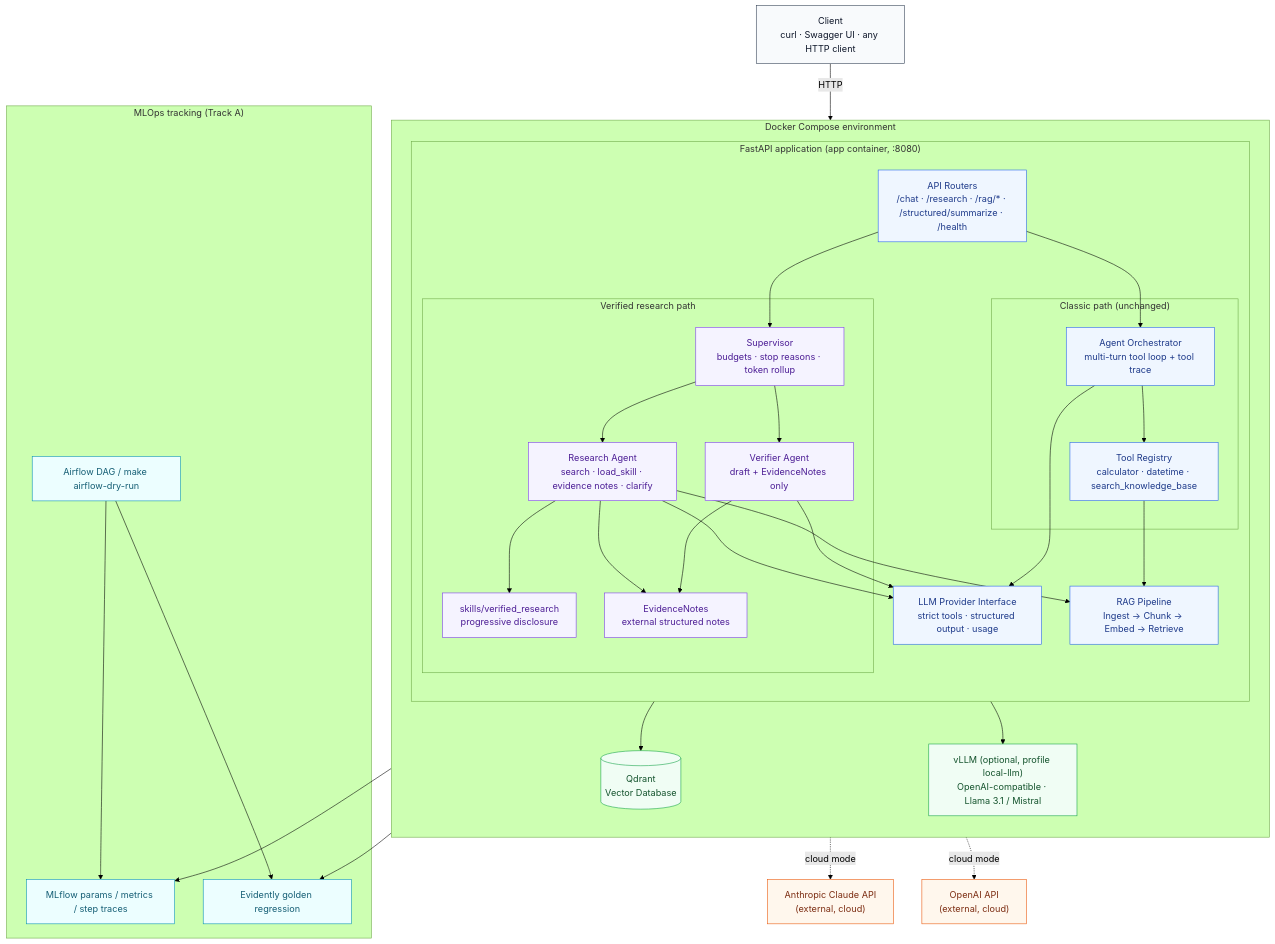
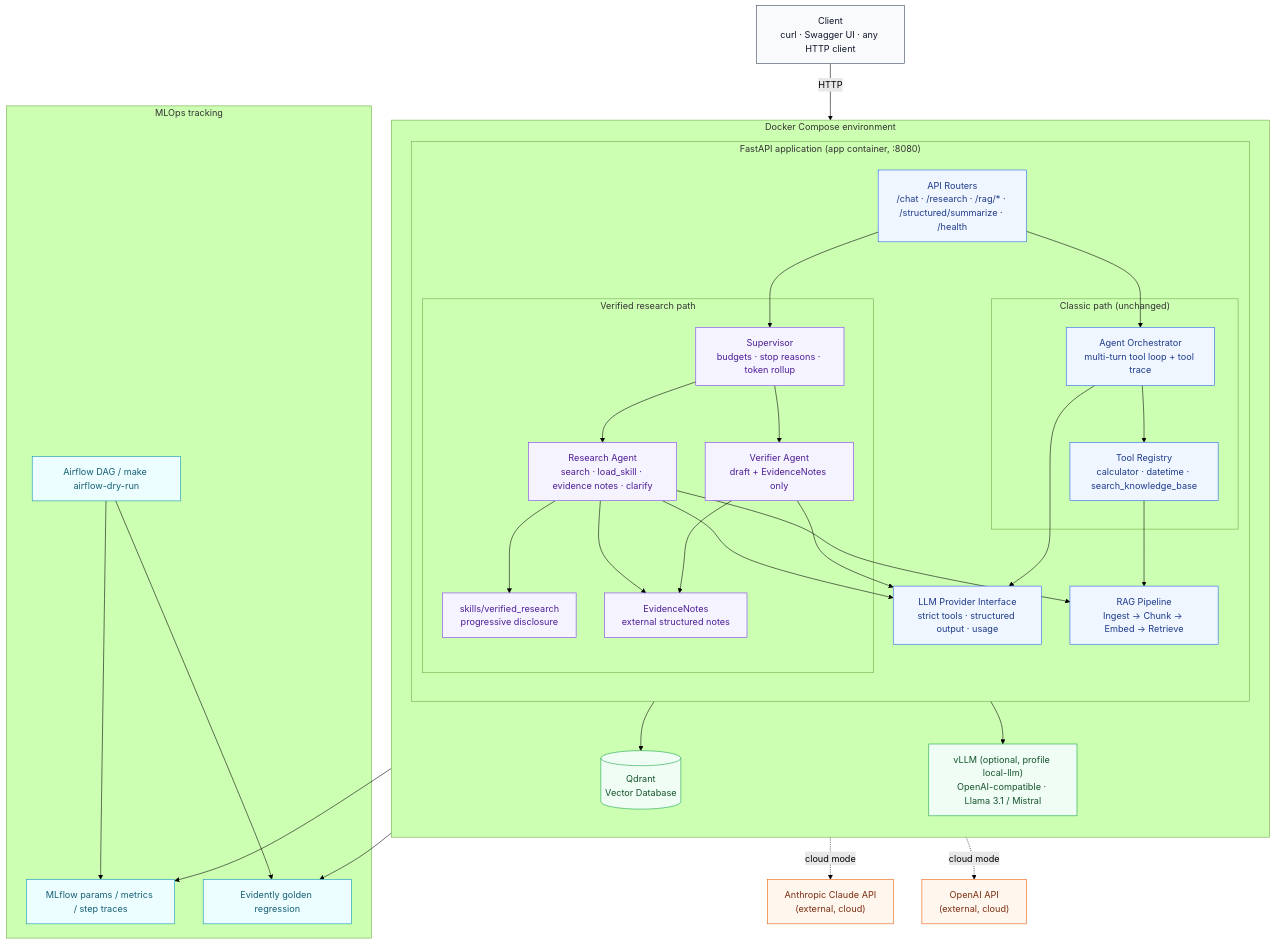
Before and after one commit to clerisy47/AI-Assistant: the diagram in README.md, drawn with Mermaid (forest theme). The commit also changed other lines of this file and 2 other files, not shown here.

Commit message:
docs: drop Track A/B and § labels from user-facing write-up.

````diff
--- a/README.md
+++ b/README.md
@@ -27,81 +27,81 @@
 ```mermaid
 flowchart TB
     Client["Client<br/>curl · Swagger UI · any HTTP client"]
 
     subgraph Compose["Docker Compose environment"]
         direction TB
 
         subgraph FastAPIApp["FastAPI application (app container, :8080)"]
             direction TB
             Routers["API Routers<br/>/chat · /research · /rag/* · /structured/summarize · /health"]
 
             subgraph Classic["Classic path (unchanged)"]
                 Orchestrator["Agent Orchestrator<br/>multi-turn tool loop + tool trace"]
                 ChatTools["Tool Registry<br/>calculator · datetime · search_knowledge_base"]
             end
 
             subgraph ResearchPath["Verified research path"]
                 Supervisor["Supervisor<br/>budgets · stop reasons · token rollup"]
                 Research["Research Agent<br/>search · load_skill · evidence notes · clarify"]
                 Verifier["Verifier Agent<br/>draft + EvidenceNotes only"]
                 Skill["skills/verified_research<br/>progressive disclosure"]
                 Notes["EvidenceNotes<br/>external structured notes"]
             end
 
             LLMIface["LLM Provider Interface<br/>strict tools · structured output · usage"]
             RAG["RAG Pipeline<br/>Ingest → Chunk → Embed → Retrieve"]
 
             Routers --> Orchestrator
             Routers --> Supervisor
             Orchestrator --> ChatTools
             Orchestrator --> LLMIface
             ChatTools --> RAG
 
             Supervisor --> Research
             Supervisor --> Verifier
             Research --> Skill
             Research --> Notes
             Verifier --> Notes
             Research --> LLMIface
             Verifier --> LLMIface
             Research --> RAG
         end
 
         Qdrant[("Qdrant<br/>Vector Database")]
         VLLM["vLLM (optional, profile local-llm)<br/>OpenAI-compatible · Llama 3.1 / Mistral"]
 
         RAG --> Qdrant
         LLMIface --> VLLM
     end
 
     Anthropic["Anthropic Claude API<br/>(external, cloud)"]
     OpenAI["OpenAI API<br/>(external, cloud)"]
 
-    subgraph MLOpsTrack["MLOps tracking (Track A)"]
+    subgraph MLOpsTrack["MLOps tracking"]
         MLflowBox["MLflow params / metrics / step traces"]
         EvidentlyBox["Evidently golden regression"]
         AirflowBox["Airflow DAG / make airflow-dry-run"]
     end
 
     Client -- HTTP --> Routers
     LLMIface -. cloud mode .-> Anthropic
     LLMIface -. cloud mode .-> OpenAI
     Supervisor --> MLflowBox
     Supervisor --> EvidentlyBox
     AirflowBox --> EvidentlyBox
     AirflowBox --> MLflowBox
 
     classDef app fill:#eff6ff,stroke:#2563eb,color:#1e3a8a;
     classDef container fill:#f0fdf4,stroke:#16a34a,color:#14532d;
     classDef cloud fill:#fff7ed,stroke:#ea580c,color:#7c2d12;
     classDef client fill:#f8fafc,stroke:#334155,color:#0f172a;
     classDef research fill:#f5f3ff,stroke:#7c3aed,color:#4c1d95;
     classDef mlops fill:#ecfeff,stroke:#0891b2,color:#155e75;
 
     class Client client;
     class Routers,Orchestrator,ChatTools,LLMIface,RAG app;
     class Supervisor,Research,Verifier,Skill,Notes research;
     class Qdrant,VLLM container;
     class Anthropic,OpenAI cloud;
     class MLflowBox,EvidentlyBox,AirflowBox mlops;
 ```
````
